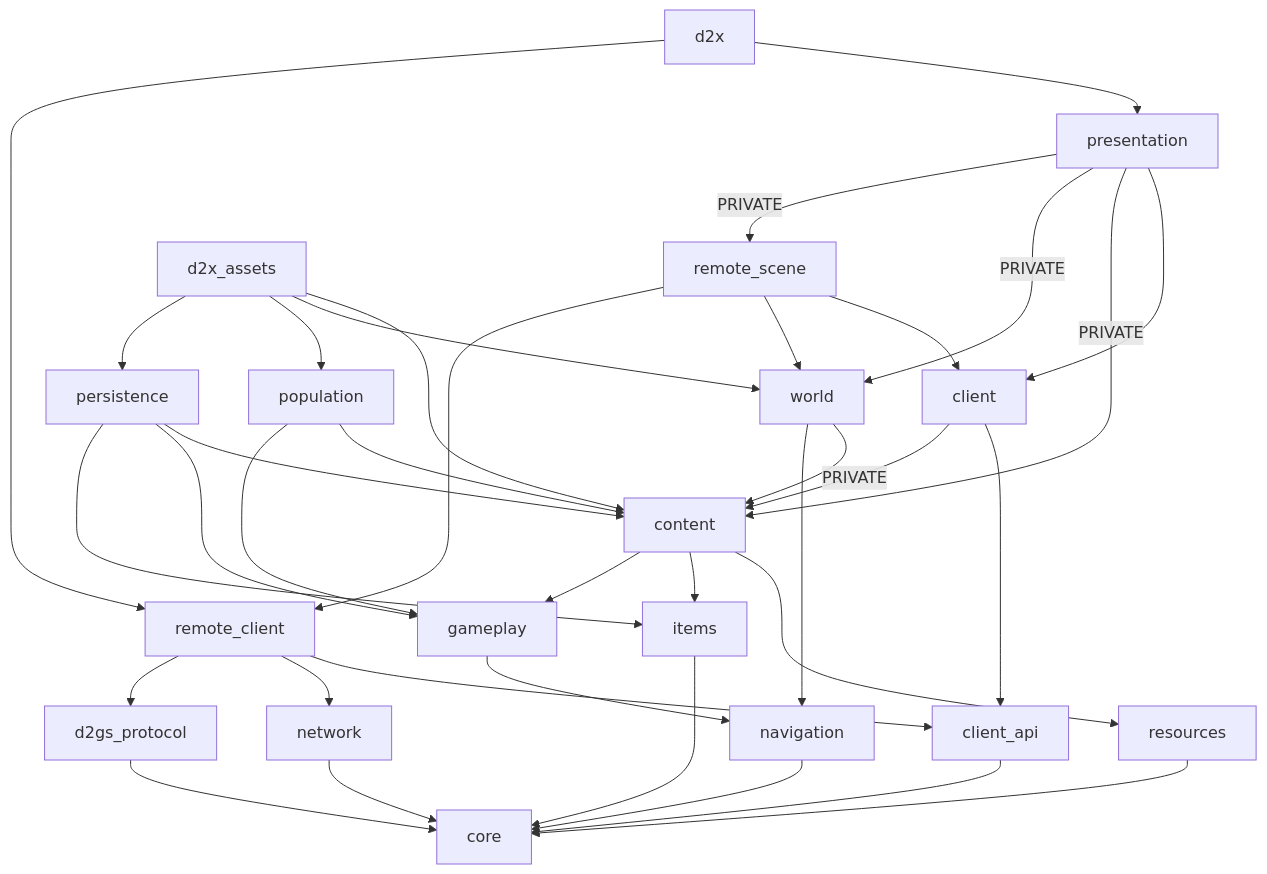
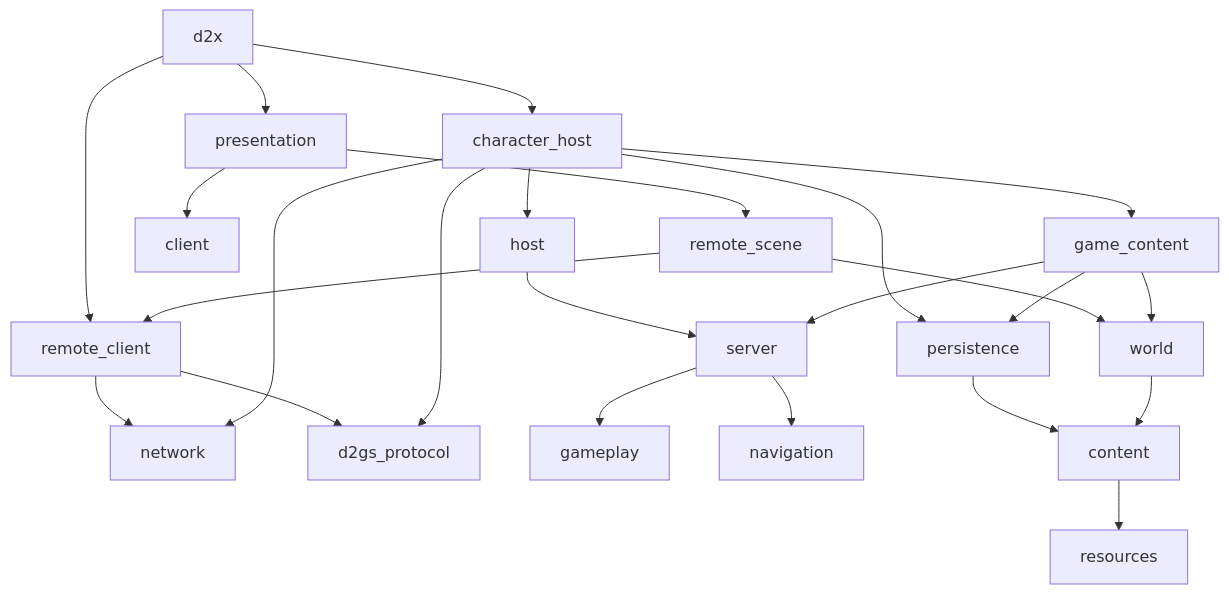
Before and after one commit to bombzj/d2x: the diagram in docs/architecture/OVERVIEW.md, drawn with Mermaid. The commit also changed other lines of this file and 179 other files, not shown here.

First line of the commit message:
feat(server): establish native-protocol embedded realm and game subsystems

````diff
--- a/docs/architecture/OVERVIEW.md
+++ b/docs/architecture/OVERVIEW.md
@@ -34,38 +36,26 @@
 ```mermaid
 flowchart TD
     app[d2x] --> presentation
     app --> remote_client
+    app --> character_host
+    presentation --> remote_scene
     presentation --> client
-    presentation -->|PRIVATE| content
-    presentation -->|PRIVATE| world
-    presentation -->|PRIVATE| remote_scene
-    client --> client_api
-    client -->|PRIVATE| content
-    remote_scene --> client
+    remote_scene --> remote_client
     remote_scene --> world
-    remote_scene --> remote_client
-    client_api --> core
-    remote_client --> client_api
     remote_client --> network
     remote_client --> d2gs_protocol
-    network --> core
-    d2gs_protocol --> core
-    assets[d2x_assets] --> content
-    assets --> world
-    assets --> population
-    assets --> persistence
-    population --> content
-    population --> gameplay
+    character_host --> host
+    character_host --> game_content
+    character_host --> network
+    character_host --> d2gs_protocol
+    character_host --> persistence
+    host --> server
+    server --> gameplay
+    server --> navigation
+    game_content --> world
+    game_content --> server
+    game_content --> persistence
     persistence --> content
-    persistence --> gameplay
-    persistence --> items
     world --> content
-    world --> navigation
     content --> resources
-    content --> items
-    content --> gameplay
-    gameplay --> navigation
-    navigation --> core
-    items --> core
-    resources --> core
 ```
````
